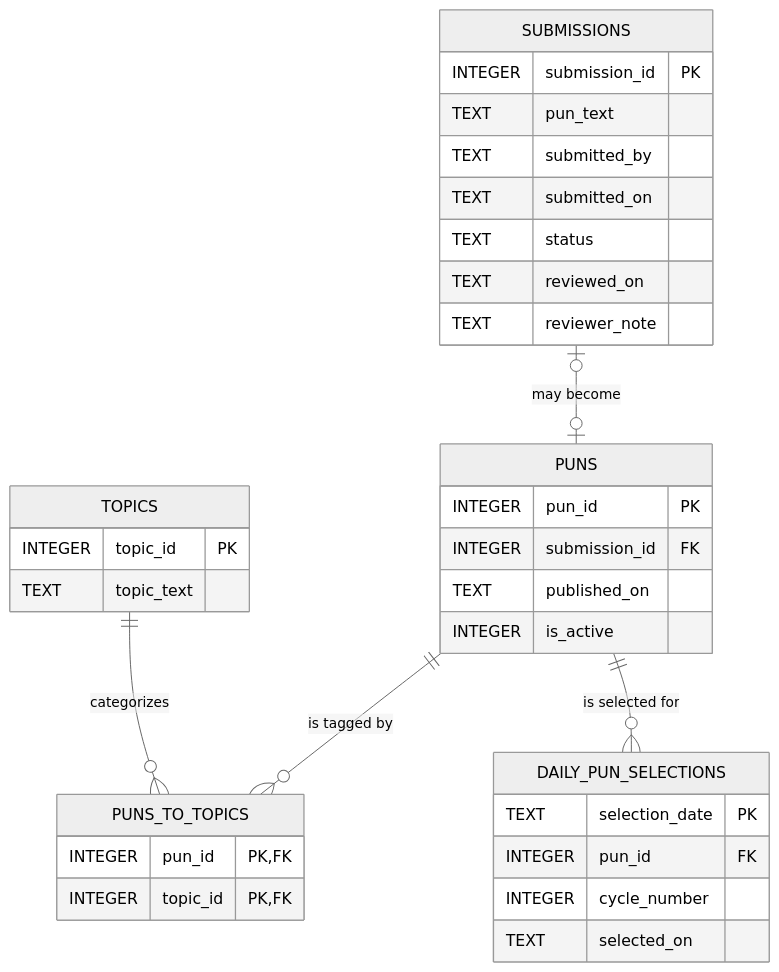
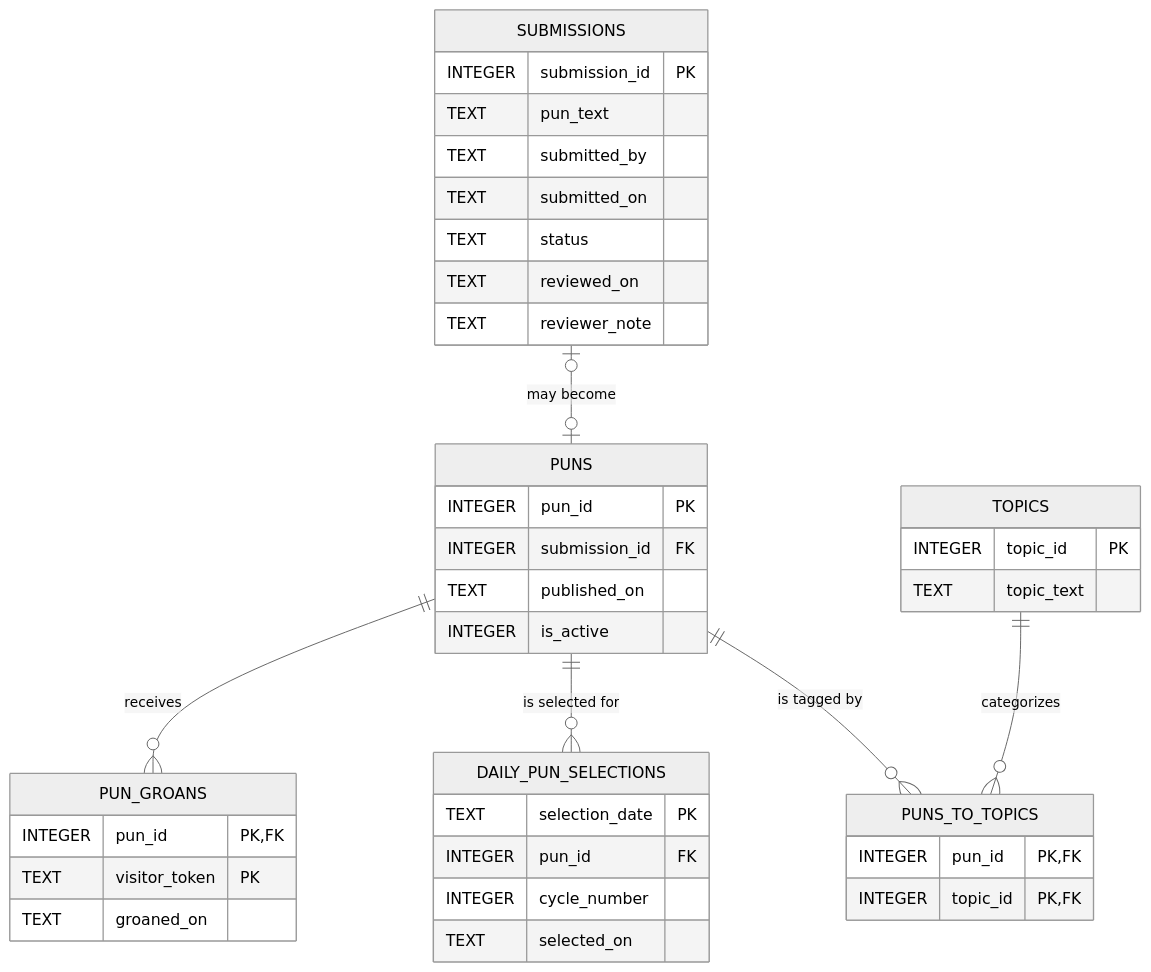
The diagram in docs/database-schema.md (departmentofpuns/departmentofpuns-site), drawn with Mermaid (neutral theme) before and after one commit. The commit also changed other lines of this file and 8 other files, not shown here.

````diff
--- a/docs/database-schema.md
+++ b/docs/database-schema.md
@@ -5,41 +5,48 @@
 ```mermaid
 erDiagram
   SUBMISSIONS o|--o| PUNS : "may become"
   PUNS ||--o{ PUNS_TO_TOPICS : "is tagged by"
   TOPICS ||--o{ PUNS_TO_TOPICS : "categorizes"
   PUNS ||--o{ DAILY_PUN_SELECTIONS : "is selected for"
+  PUNS ||--o{ PUN_GROANS : "receives"
 
   SUBMISSIONS {
     INTEGER submission_id PK
     TEXT pun_text
     TEXT submitted_by
     TEXT submitted_on
     TEXT status
     TEXT reviewed_on
     TEXT reviewer_note
   }
 
   PUNS {
     INTEGER pun_id PK
     INTEGER submission_id FK
     TEXT published_on
     INTEGER is_active
   }
 
   TOPICS {
     INTEGER topic_id PK
     TEXT topic_text
   }
 
   PUNS_TO_TOPICS {
     INTEGER pun_id PK, FK
     INTEGER topic_id PK, FK
   }
 
   DAILY_PUN_SELECTIONS {
     TEXT selection_date PK
     INTEGER pun_id FK
     INTEGER cycle_number
     TEXT selected_on
   }
+
+  PUN_GROANS {
+    INTEGER pun_id PK, FK
+    TEXT visitor_token PK
+    TEXT groaned_on
+  }
 ```
````
